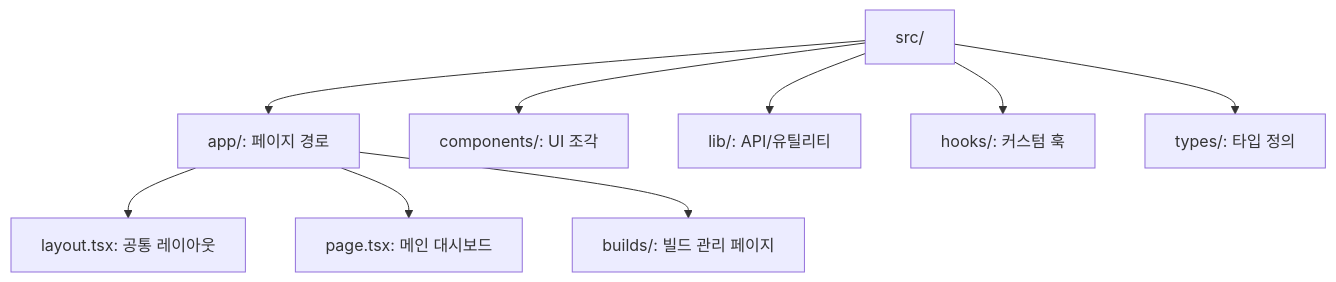
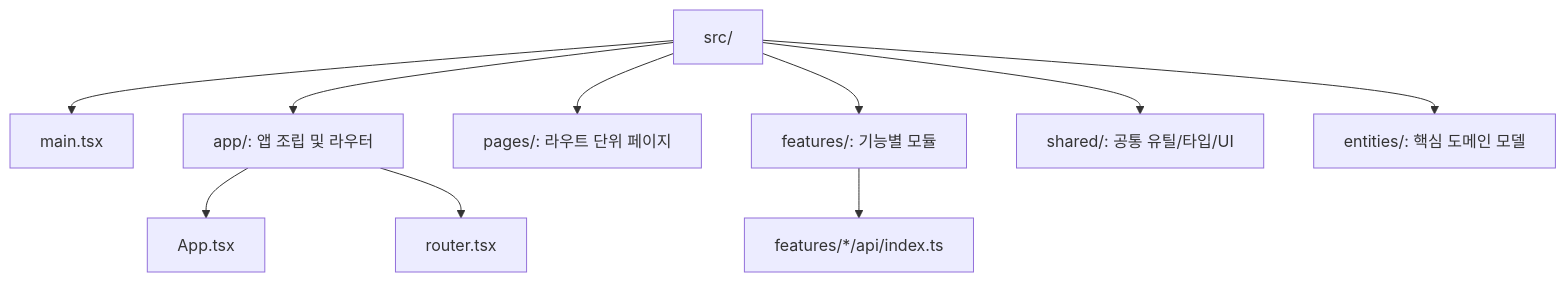
One commit to yeongseon/kpubdata-studio changed the third of 3 diagrams in README.md. Above: the diagram before and after it, drawn with Mermaid. The commit also changed other lines of this file and 11 other files, not shown here.

First line of the commit message:
docs: update all documentation for Vite + React SPA architecture (closes #25)

````diff
--- a/README.md
+++ b/README.md
@@ -83,12 +101,13 @@
 ```mermaid
 graph TD
-    src[src/] --> app[app/: 페이지 경로]
-    src --> components[components/: UI 조각]
-    src --> lib[lib/: API/유틸리티]
-    src --> hooks[hooks/: 커스텀 훅]
-    src --> types[types/: 타입 정의]
-    
-    app --> layout[layout.tsx: 공통 레이아웃]
-    app --> page[page.tsx: 메인 대시보드]
-    app --> builds[builds/: 빌드 관리 페이지]
+    src[src/] --> main[main.tsx]
+    src --> app[app/: 앱 조립 및 라우터]
+    src --> pages[pages/: 라우트 단위 페이지]
+    src --> features[features/: 기능별 모듈]
+    src --> shared[shared/: 공통 유틸/타입/UI]
+    src --> entities[entities/: 핵심 도메인 모델]
+
+    app --> AppFile[App.tsx]
+    app --> RouterFile[router.tsx]
+    features --> FeatureApi[features/*/api/index.ts]
 ```
````
